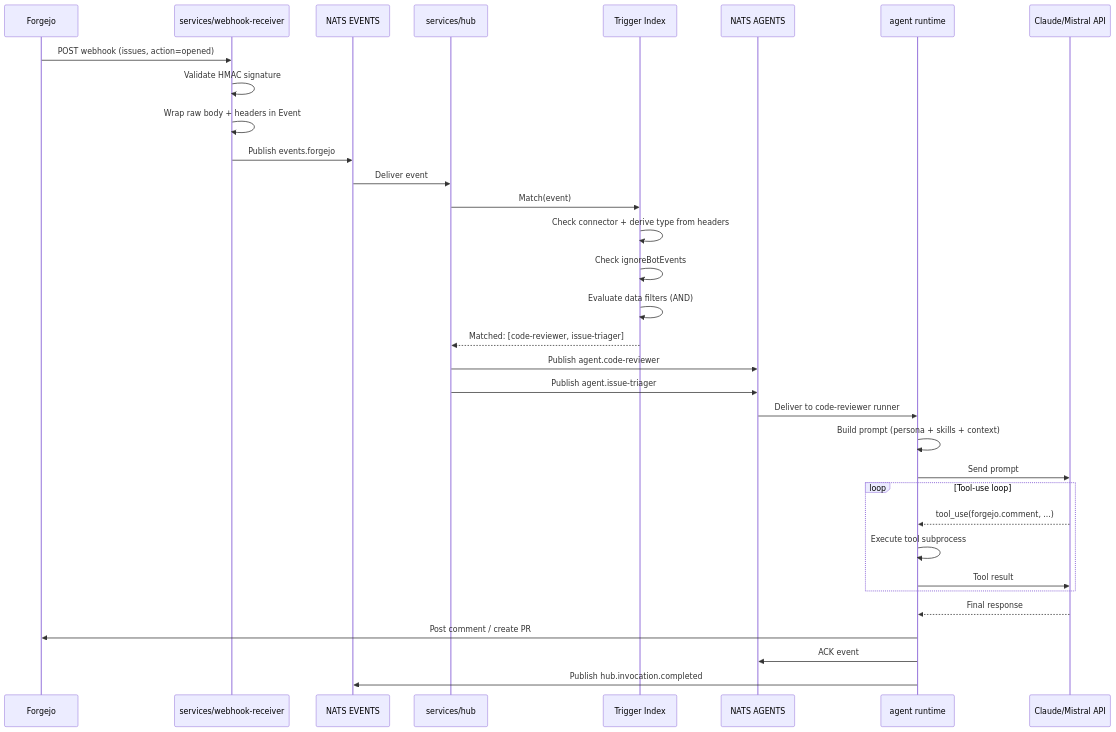
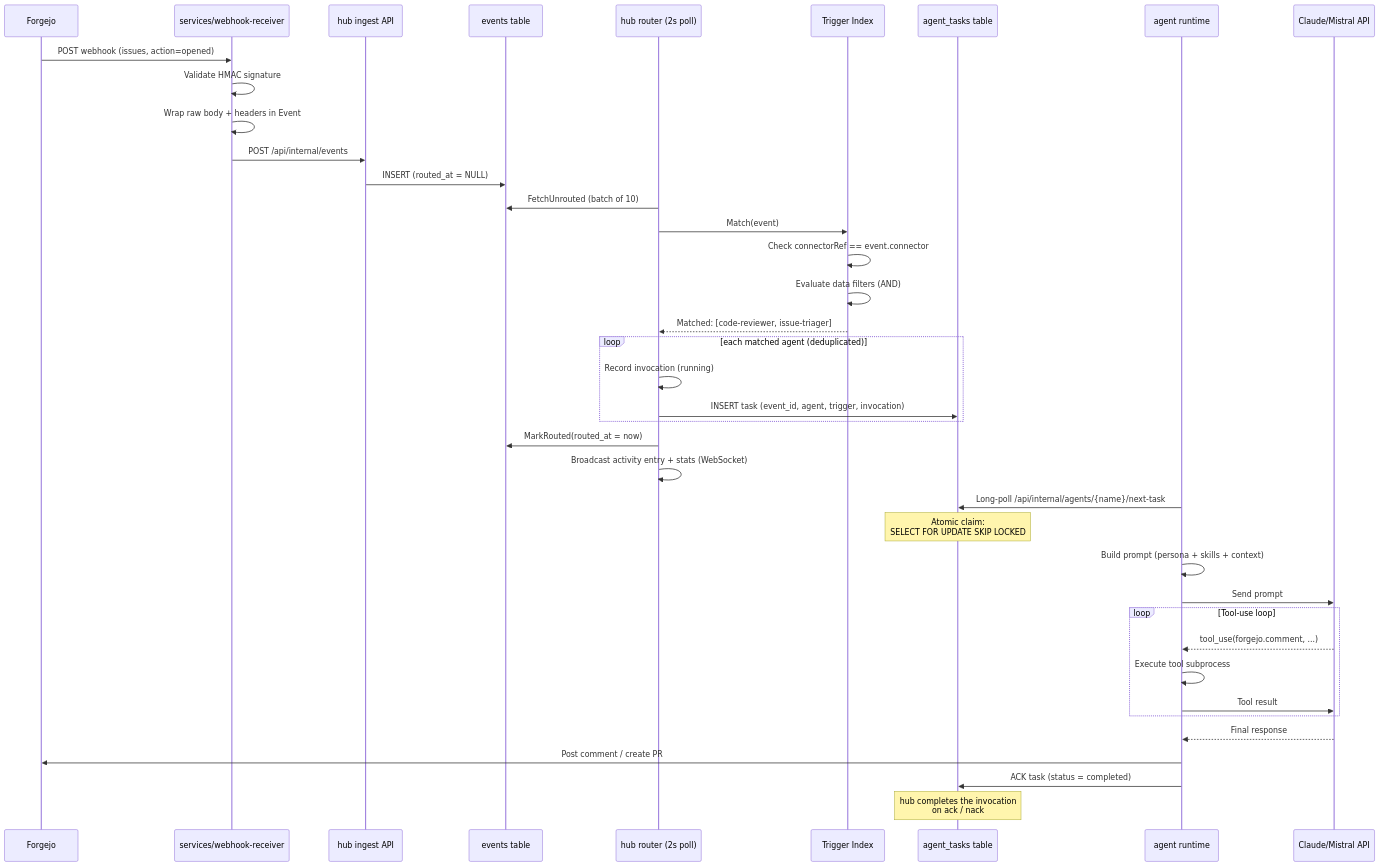
Before and after one commit to DominikPinsel/ainsel: the second of 7 diagrams in docs/architecture.md, drawn with Mermaid. The commit also changed other lines of this file and 12 other files, not shown here.

First line of the commit message:
docs: ship the as-built event-flow rewrite + finish the staleness sweep (#242)

````diff
--- a/docs/architecture.md
+++ b/docs/architecture.md
@@ -64,41 +75,47 @@
 ```mermaid
 sequenceDiagram
     participant F as Forgejo
     participant FC as services/webhook-receiver
-    participant NE as NATS EVENTS
-    participant H as services/hub
+    participant H as hub ingest API
+    participant E as events table
+    participant R as hub router (2s poll)
     participant TI as Trigger Index
-    participant NA as NATS AGENTS
+    participant T as agent_tasks table
     participant AR as agent runtime
     participant LLM as Claude/Mistral API
 
     F->>FC: POST webhook (issues, action=opened)
     FC->>FC: Validate HMAC signature
     FC->>FC: Wrap raw body + headers in Event
-    FC->>NE: Publish events.forgejo
+    FC->>H: POST /api/internal/events
+    H->>E: INSERT (routed_at = NULL)
 
-    NE->>H: Deliver event
-    H->>TI: Match(event)
-    TI->>TI: Check connector + derive type from headers
-    TI->>TI: Check ignoreBotEvents
+    R->>E: FetchUnrouted (batch of 10)
+    R->>TI: Match(event)
+    TI->>TI: Check connectorRef == event.connector
     TI->>TI: Evaluate data filters (AND)
-    TI-->>H: Matched: [code-reviewer, issue-triager]
+    TI-->>R: Matched: [code-reviewer, issue-triager]
 
-    H->>NA: Publish agent.code-reviewer
-    H->>NA: Publish agent.issue-triager
+    loop each matched agent (deduplicated)
+        R->>R: Record invocation (running)
+        R->>T: INSERT task (event_id, agent, trigger, invocation)
+    end
+    R->>E: MarkRouted(routed_at = now)
+    R->>R: Broadcast activity entry + stats (WebSocket)
 
-    NA->>AR: Deliver to code-reviewer runner
+    AR->>T: Long-poll /api/internal/agents/{name}/next-task
+    Note over T: Atomic claim:<br/>SELECT FOR UPDATE SKIP LOCKED
     AR->>AR: Build prompt (persona + skills + context)
     AR->>LLM: Send prompt
 
     loop Tool-use loop
         LLM-->>AR: tool_use(forgejo.comment, ...)
         AR->>AR: Execute tool subprocess
         AR->>LLM: Tool result
     end
 
     LLM-->>AR: Final response
     AR->>F: Post comment / create PR
-    AR->>NA: ACK event
-    AR->>NE: Publish hub.invocation.completed
+    AR->>T: ACK task (status = completed)
+    Note over T: hub completes the invocation<br/>on ack / nack
 ```
````
